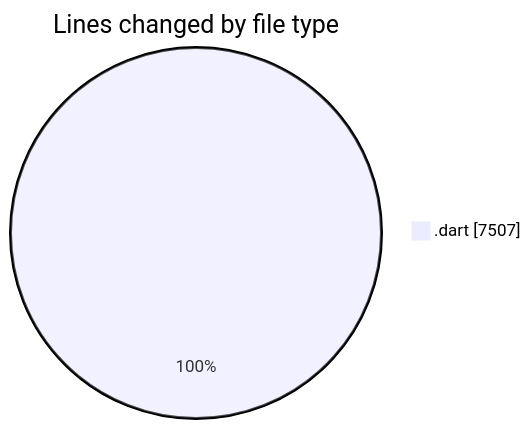
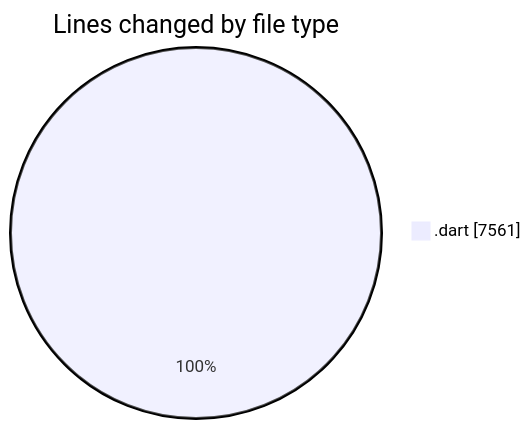
Before and after one commit to lephambinh05/code-tracking: the first of 2 diagrams in 2025-08-16/studybuddy/README.md, drawn with Mermaid. The commit also changed other lines of this file and 1 other file, not shown here.

````diff
--- a/2025-08-16/studybuddy/README.md
+++ b/2025-08-16/studybuddy/README.md
@@ -36,5 +36,5 @@
 ```mermaid
 pie showData
 title Lines changed by file type
-".dart" : 7507
+".dart" : 7561
 ```
````
